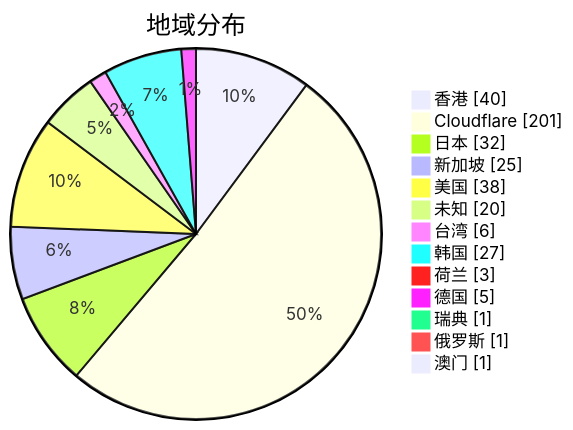
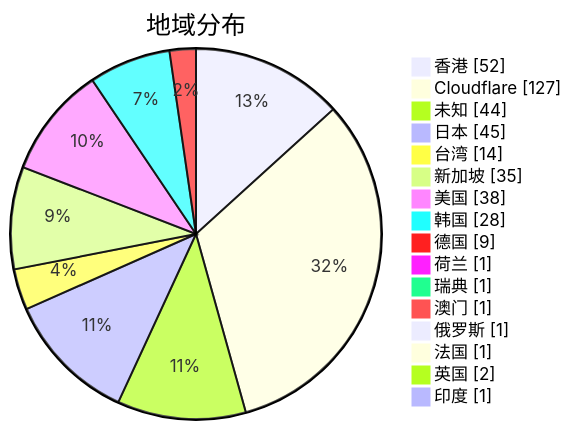
The second of 3 diagrams in subs/statistics/tested_within.md (qjlxg/airport), drawn with Mermaid before and after one commit. The commit also changed other lines of this file and 2 other files, not shown here.

````diff
--- a/subs/statistics/tested_within.md
+++ b/subs/statistics/tested_within.md
@@ -13,17 +13,20 @@
 ```mermaid
 pie showData
 title 地域分布
-"香港" : 40
-"Cloudflare" : 201
-"日本" : 32
-"新加坡" : 25
+"香港" : 52
+"Cloudflare" : 127
+"未知" : 44
+"日本" : 45
+"台湾" : 14
+"新加坡" : 35
 "美国" : 38
-"未知" : 20
-"台湾" : 6
-"韩国" : 27
-"荷兰" : 3
-"德国" : 5
+"韩国" : 28
+"德国" : 9
+"荷兰" : 1
 "瑞典" : 1
+"澳门" : 1
 "俄罗斯" : 1
-"澳门" : 1
+"法国" : 1
+"英国" : 2
+"印度" : 1
 ```
````
